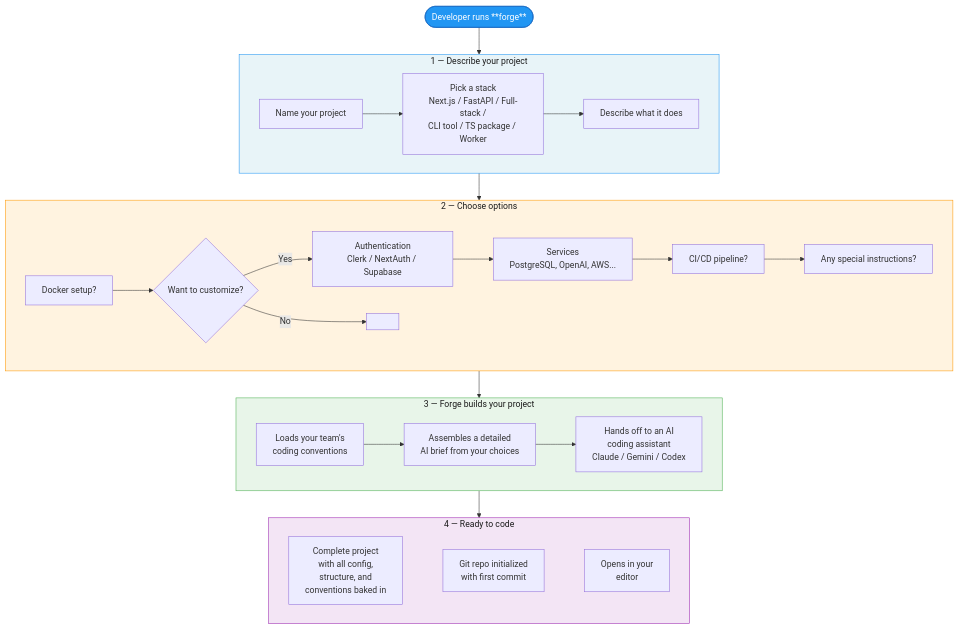
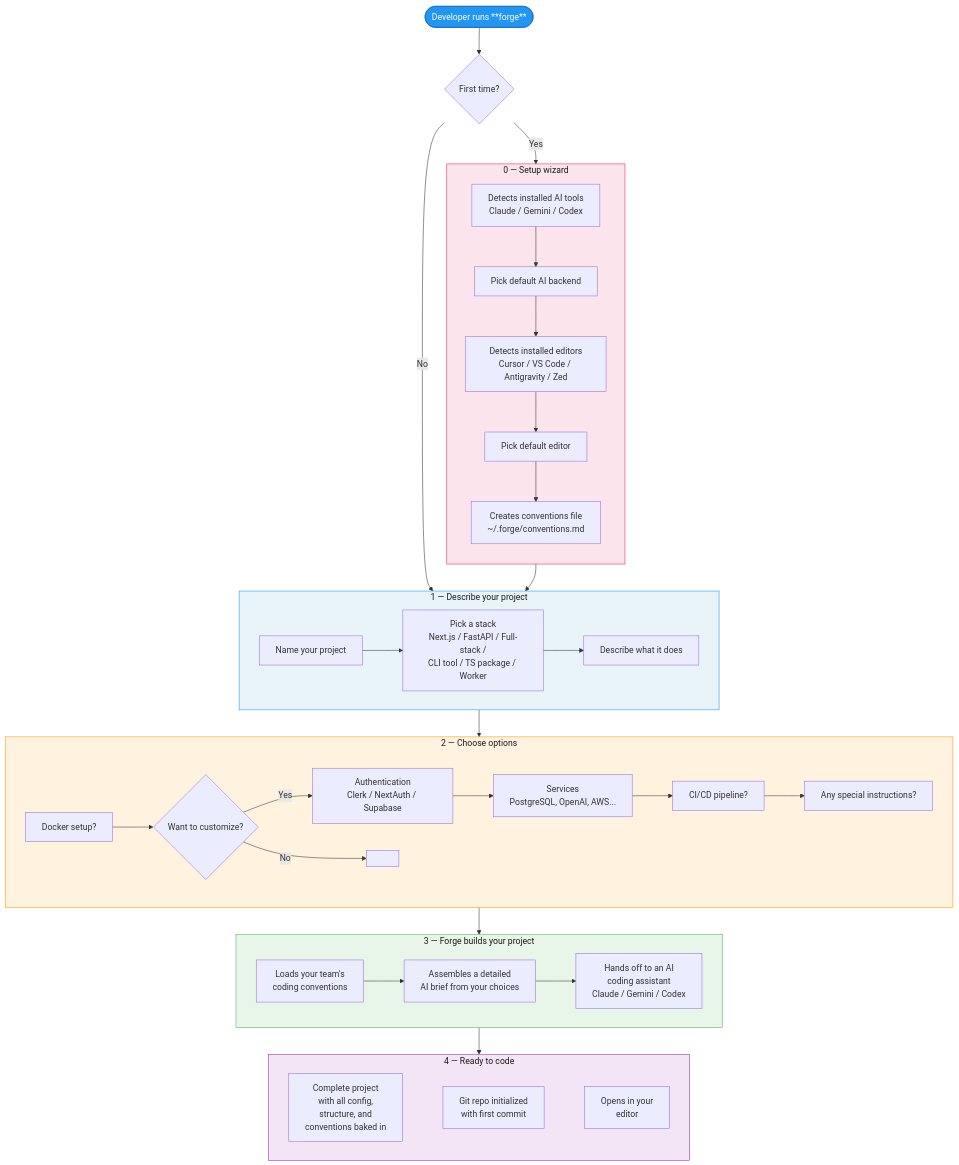
One commit to matthewubundi/UbundiForge changed the first of 3 diagrams in docs/diagrams/forge-flow.md. Above: the diagram before and after it, drawn with Mermaid. The commit also changed 4 other files, not shown here.

First line of the commit message:
Expand setup wizard with git, Docker, and project directory checks

````diff
--- a/docs/diagrams/forge-flow.md
+++ b/docs/diagrams/forge-flow.md
@@ -7,50 +7,66 @@
 ```mermaid
 flowchart TD
-    Start([Developer runs **forge**]) --> Describe
+    Start([Developer runs **forge**]) --> FirstRun{First time?}
+
+    FirstRun -- Yes --> Setup
+    FirstRun -- No --> Describe
+
+    subgraph Setup["0 — Setup wizard"]
+        direction TB
+        DetectAI[Detects installed AI tools<br/>Claude / Gemini / Codex]
+        PickAI[Pick default AI backend]
+        DetectEditor[Detects installed editors<br/>Cursor / VS Code / Antigravity / Zed]
+        PickEditor[Pick default editor]
+        Conventions[Creates conventions file<br/>~/.forge/conventions.md]
+        DetectAI --> PickAI --> DetectEditor --> PickEditor --> Conventions
+    end
+
+    Setup --> Describe
 
     subgraph Describe["1 — Describe your project"]
         Q1[Name your project]
         Q2[Pick a stack<br/>Next.js / FastAPI / Full-stack /<br/>CLI tool / TS package / Worker]
         Q3[Describe what it does]
         Q1 --> Q2 --> Q3
     end
 
     Describe --> Options
 
     subgraph Options["2 — Choose options"]
         Docker[Docker setup?]
         Customize{Want to customize?}
         Auth[Authentication<br/>Clerk / NextAuth / Supabase]
         Svc[Services<br/>PostgreSQL, OpenAI, AWS...]
         CI[CI/CD pipeline?]
         Extra[Any special instructions?]
         Docker --> Customize
         Customize -- Yes --> Auth --> Svc --> CI --> Extra
         Customize -- No --> Skip[ ]
     end
 
     Options --> Generate
 
     subgraph Generate["3 — Forge builds your project"]
         Conv[Loads your team's<br/>coding conventions]
         Prompt[Assembles a detailed<br/>AI brief from your choices]
         AI[Hands off to an AI<br/>coding assistant<br/>Claude / Gemini / Codex]
         Conv --> Prompt --> AI
     end
 
     Generate --> Output
 
     subgraph Output["4 — Ready to code"]
         direction LR
         Code[Complete project<br/>with all config,<br/>structure, and<br/>conventions baked in]
         Git[Git repo initialized<br/>with first commit]
         Editor[Opens in your<br/>editor]
         Code ~~~ Git ~~~ Editor
     end
 
+    style Setup fill:#fce4ec,stroke:#E91E63,color:#1a1a1a
     style Describe fill:#e8f4f8,stroke:#2196F3,color:#1a1a1a
     style Options fill:#fff3e0,stroke:#FF9800,color:#1a1a1a
     style Generate fill:#e8f5e9,stroke:#4CAF50,color:#1a1a1a
     style Output fill:#f3e5f5,stroke:#9C27B0,color:#1a1a1a
     style Start fill:#2196F3,stroke:#1565C0,color:#fff
 ```
````
